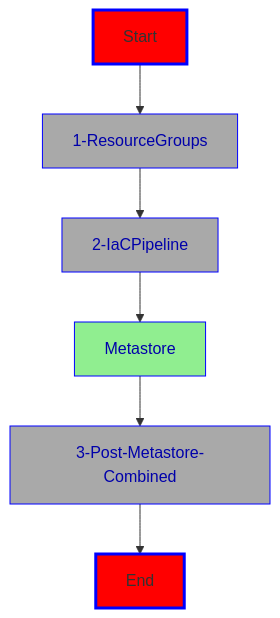
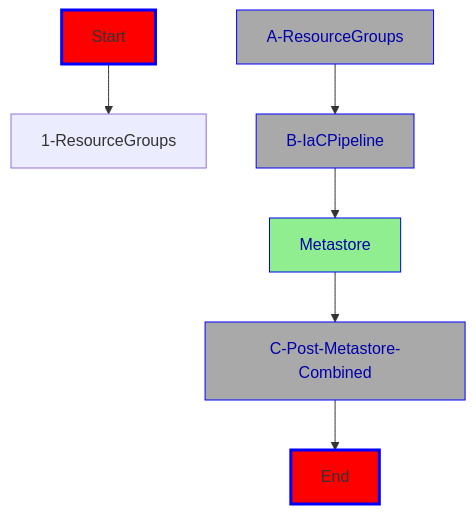
Before and after one commit to Azure/Databricks360: the diagram in iac-adb-360/README.md, drawn with Mermaid. The commit also changed other lines of this file and 1 other file, not shown here.

Commit message:
testing mermaid links

````diff
--- a/iac-adb-360/README.md
+++ b/iac-adb-360/README.md
@@ -121,15 +124,15 @@
 ```mermaid
 flowchart TD
 Start --> 1-ResourceGroups
 style Start fill:red,stroke:blue,stroke-width:3px,shadow:shadow
-1-ResourceGroups --> 2-IaCPipeline
-style 1-ResourceGroups fill:darkgray,stroke:blue,stroke-witdth:3px,shadow:shadow,color:#0000aa
-2-IaCPipeline --> Metastore
-style 2-IaCPipeline fill:darkgray,stroke:blue,stroke-witdth:3px,shadow:shadow,color:#0000aa
-Metastore --> 3-Post-Metastore-Combined
+A-ResourceGroups --> B-IaCPipeline
+style A-ResourceGroups fill:darkgray,stroke:blue,stroke-witdth:3px,shadow:shadow,color:#0000aa
+B-IaCPipeline --> Metastore
+style B-IaCPipeline fill:darkgray,stroke:blue,stroke-witdth:3px,shadow:shadow,color:#0000aa
+Metastore --> C-Post-Metastore-Combined
 style Metastore fill:lightgreen,stroke:blue,stroke-witdth:3px,shadow:shadow,color:#0000aa
-3-Post-Metastore-Combined --> End
-style 3-Post-Metastore-Combined fill:darkgray,stroke:blue,stroke-witdth:3px,shadow:shadow,color:#0000aa
+C-Post-Metastore-Combined --> End
+style C-Post-Metastore-Combined fill:darkgray,stroke:blue,stroke-witdth:3px,shadow:shadow,color:#0000aa
 style End fill:red,stroke:blue,stroke-width:3px,shadow:shadow
 
 ```
````
